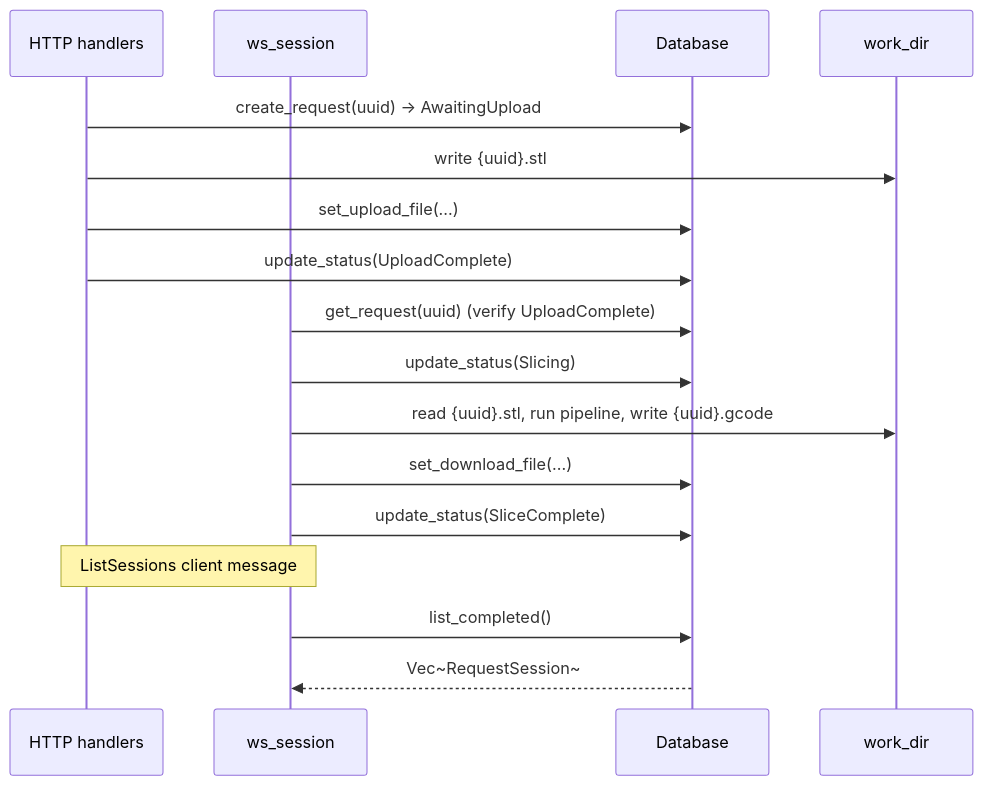
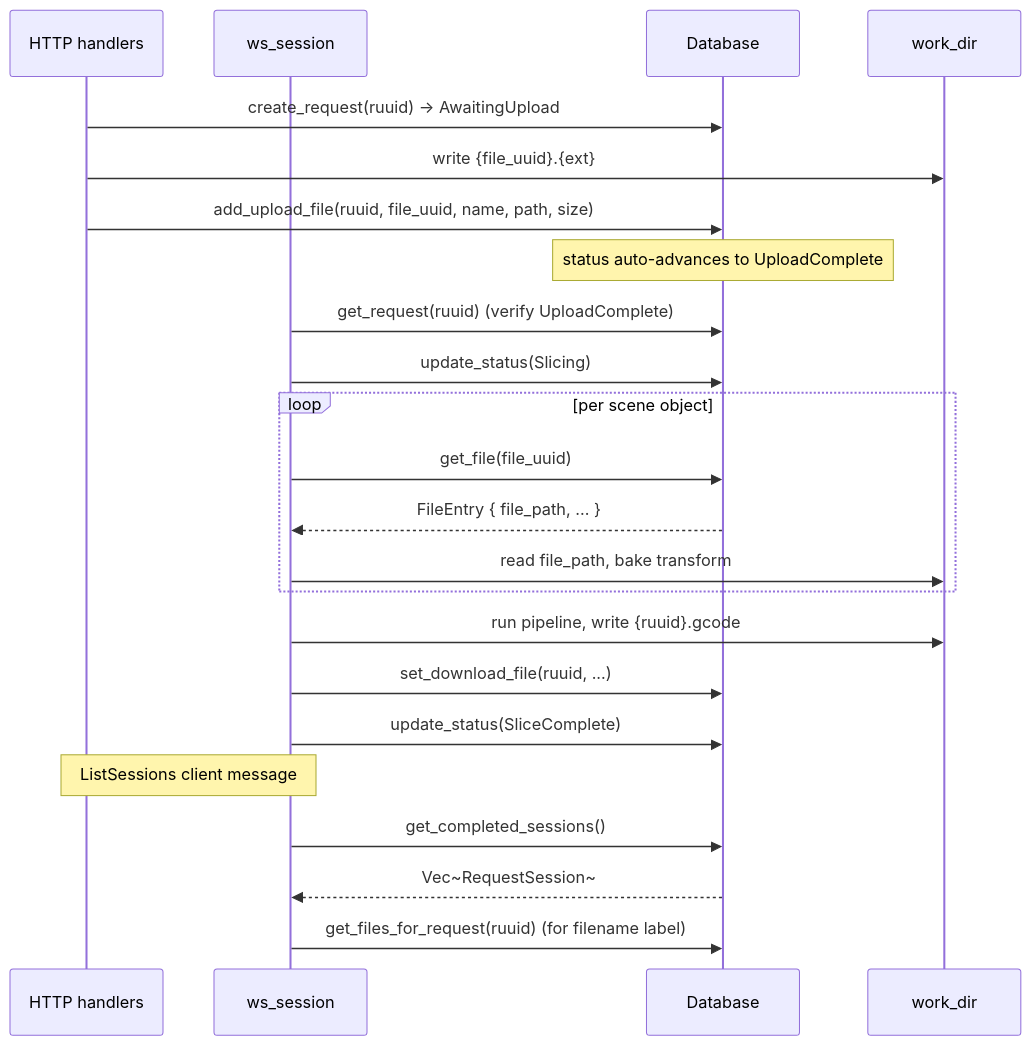
One commit to max-scopp/slicer-engine changed the third of 4 diagrams in src/db/README.md. Above: the diagram before and after it, drawn with Mermaid. The commit also changed other lines of this file and 5 other files, not shown here.

First line of the commit message:
drop legacy upload columns from requests; rebuild docs around ruuid+ofids

````diff
--- a/src/db/README.md
+++ b/src/db/README.md
@@ -135,22 +164,28 @@
 ```mermaid
 sequenceDiagram
     participant H as HTTP handlers
     participant W as ws_session
     participant D as Database
     participant FS as work_dir
 
-    H->>D: create_request(uuid) → AwaitingUpload
-    H->>FS: write {uuid}.stl
-    H->>D: set_upload_file(...)
-    H->>D: update_status(UploadComplete)
+    H->>D: create_request(ruuid) → AwaitingUpload
+    H->>FS: write {file_uuid}.{ext}
+    H->>D: add_upload_file(ruuid, file_uuid, name, path, size)
+    Note over D: status auto-advances to UploadComplete
 
-    W->>D: get_request(uuid) (verify UploadComplete)
+    W->>D: get_request(ruuid) (verify UploadComplete)
     W->>D: update_status(Slicing)
-    W->>FS: read {uuid}.stl, run pipeline, write {uuid}.gcode
-    W->>D: set_download_file(...)
+    loop per scene object
+        W->>D: get_file(file_uuid)
+        D-->>W: FileEntry { file_path, ... }
+        W->>FS: read file_path, bake transform
+    end
+    W->>FS: run pipeline, write {ruuid}.gcode
+    W->>D: set_download_file(ruuid, ...)
     W->>D: update_status(SliceComplete)
 
     Note over W,H: ListSessions client message
-    W->>D: list_completed()
+    W->>D: get_completed_sessions()
     D-->>W: Vec~RequestSession~
+    W->>D: get_files_for_request(ruuid) (for filename label)
 ```
````
